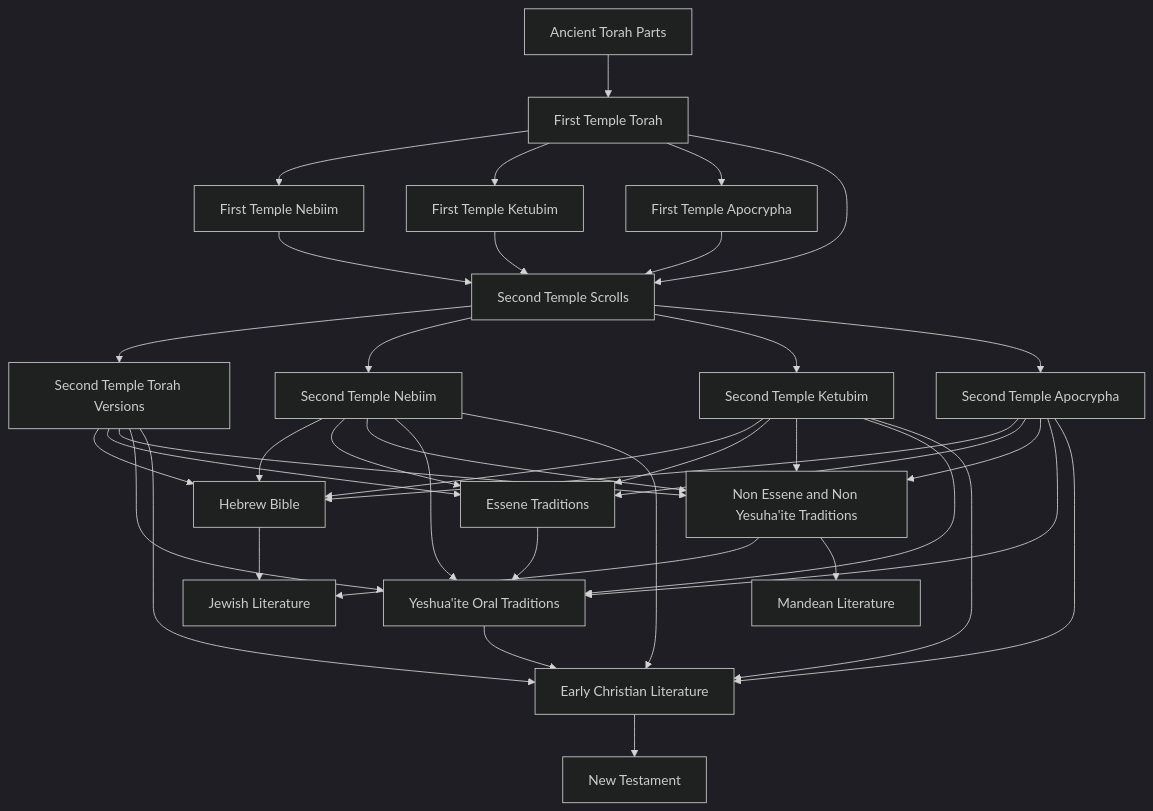
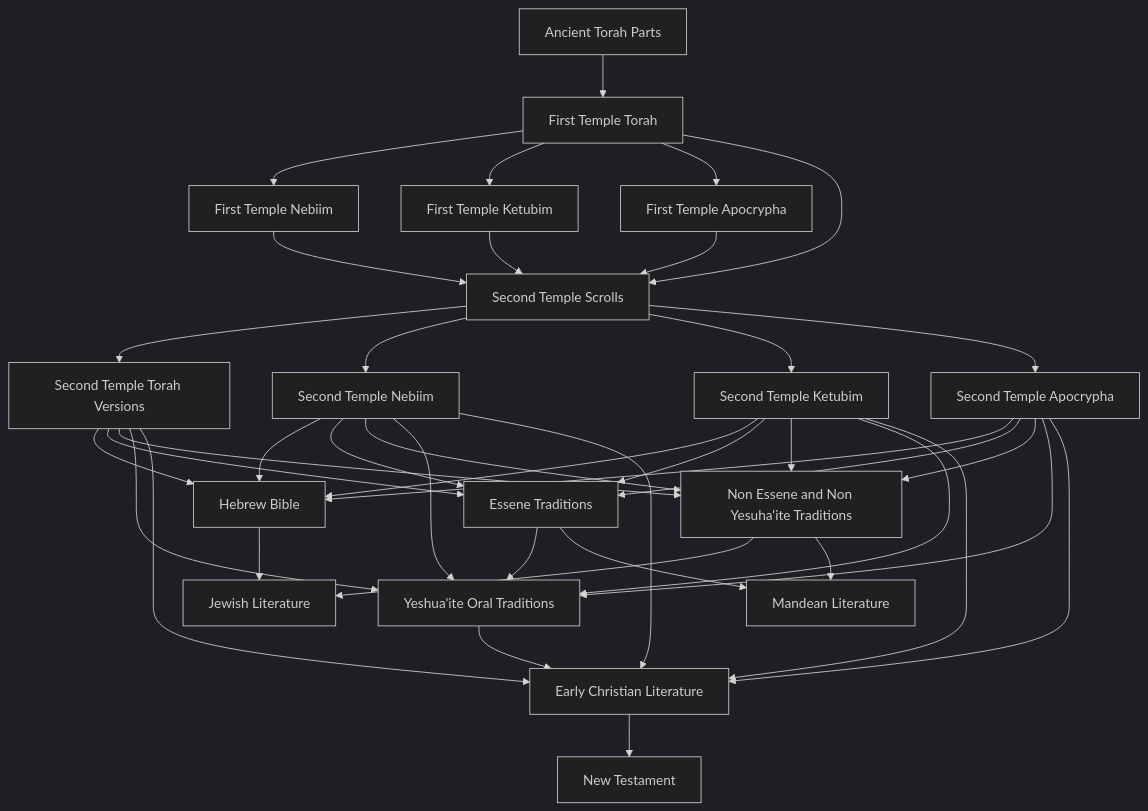
One commit to bendqh1/mermaid changed the diagram in judeo_christian_religious_literature.mermaid. Above: the diagram before and after it, drawn with Mermaid (dark theme).

```diff
--- a/judeo_christian_religious_literature.mermaid
+++ b/judeo_christian_religious_literature.mermaid
@@ -1,23 +1,23 @@
 flowchart TD
     A1[Ancient Torah Parts]
     A1 --> A2[First Temple Torah]
     A2 --> A3[First Temple Nebiim] 
     A2 --> A4[First Temple Ketubim]
     A2 --> A5[First Temple Apocrypha]
     A2 & A3 & A4 & A5 --> B1[Second Temple Scrolls]
 
     B1 --> B2[Second Temple Torah Versions]
     B1 --> B3[Second Temple Nebiim]
     B1 --> B4[Second Temple Ketubim]
     B1 --> B5[Second Temple Apocrypha]
 
     B2 & B3 & B4 & B5 --> C1[Hebrew Bible]
     B2 & B3 & B4 & B5 --> C2[Essene Traditions]
     B2 & B3 & B4 & B5 --> C3[Non Essene and Non Yesuha'ite Traditions]
     B2 & B3 & B4 & B5 & C2 --> C4[Yeshua'ite Oral Traditions]
 
     C1 & C3 --> D1[Jewish Literature]
-    C3 --> D2[Mandean Literature]
+    C2 & C3 --> D2[Mandean Literature]
     B2 & B3 & B4 & B5 & C4 --> D3[Early Christian Literature]
 
     D3 --> E1[New Testament]
```
